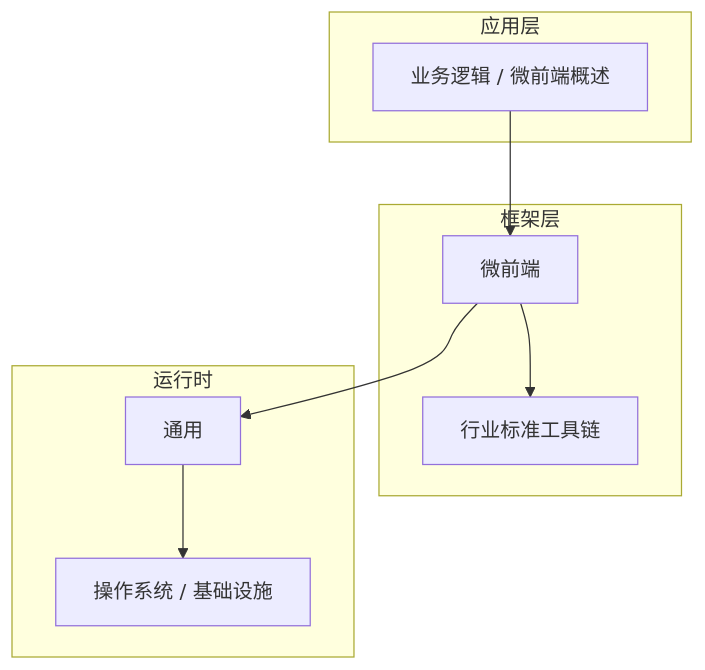
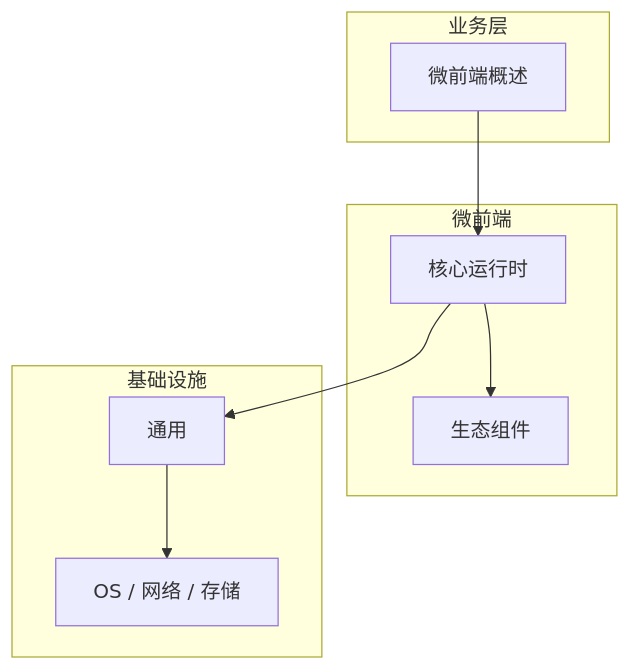
The diagram in articles/微前端/chapters/001-微前端概述核心概念与原理.md (yanggan2015/knowledge-json-v2), drawn with Mermaid before and after one commit. The commit also changed other lines of this file and 10127 other files, not shown here.

````diff
--- a/articles/微前端/chapters/001-微前端概述核心概念与原理.md
+++ b/articles/微前端/chapters/001-微前端概述核心概念与原理.md
@@ -45,18 +34,18 @@
 ```mermaid
 graph TB
-    subgraph 应用层
-        A[业务逻辑 / 微前端概述]
+    subgraph 业务层
+        A[微前端概述]
     end
-    subgraph 框架层
-        B[微前端]
-        C[行业标准工具链]
+    subgraph 微前端
+        B[核心运行时]
+        C[生态组件]
     end
-    subgraph 运行时
+    subgraph 基础设施
         D[通用]
-        E[操作系统 / 基础设施]
+        E[OS / 网络 / 存储]
     end
     A --> B
     B --> C
     B --> D
     D --> E
 ```
````
